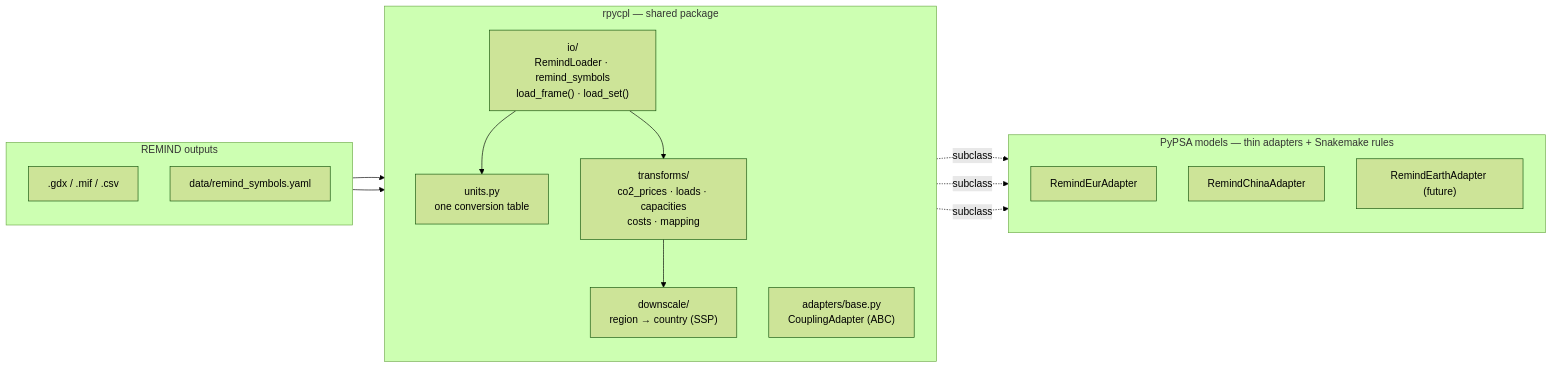
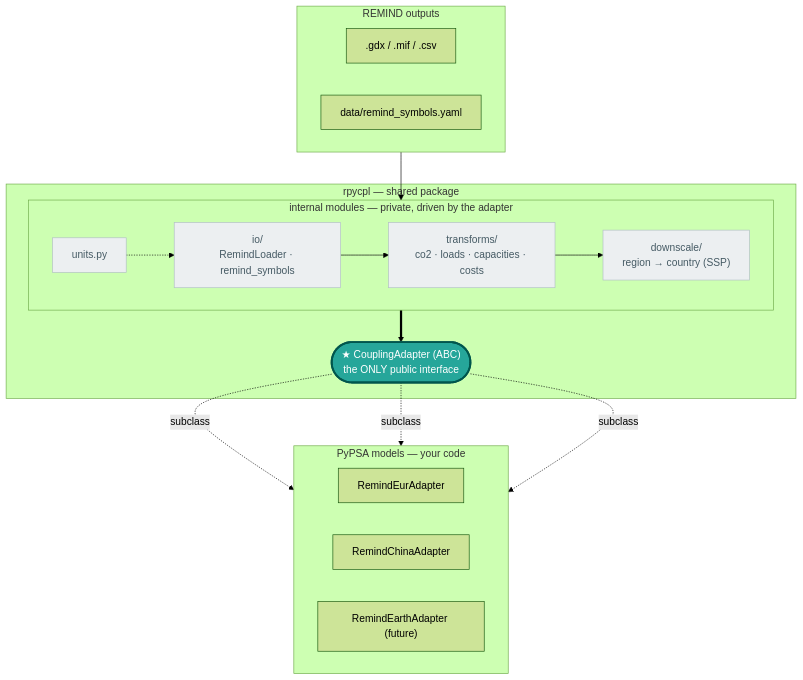
One commit to pik-piam/Remind-PyPSA-coupling changed the diagram in docs/architecture.md. Above: the diagram before and after it, drawn with Mermaid (forest theme). The commit also changed other lines of this file and 2 other files, not shown here.

Commit message:
fixes to doc

````diff
--- a/docs/architecture.md
+++ b/docs/architecture.md
@@ -30,33 +30,35 @@
 ```mermaid
-flowchart LR
+flowchart TB
     subgraph inputs["REMIND outputs"]
-        direction TB
+        direction LR
         src[".gdx / .mif / .csv"]
         cfg["data/remind_symbols.yaml"]
     end
 
     subgraph pkg["rpycpl — shared package"]
-        direction TB
-        io["io/<br/>RemindLoader · remind_symbols<br/>load_frame() · load_set()"]
-        units["units.py<br/>one conversion table"]
-        tf["transforms/<br/>co2_prices · loads · capacities<br/>costs · mapping"]
-        ds["downscale/<br/>region → country (SSP)"]
-        adp["adapters/base.py<br/>CouplingAdapter (ABC)"]
-        io --> units
-        io --> tf
-        tf --> ds
+        subgraph internal["internal modules — private, driven by the adapter"]
+            direction LR
+            io["io/<br/>RemindLoader · remind_symbols"] --> tf["transforms/<br/>co2 · loads · capacities · costs"] --> ds["downscale/<br/>region → country (SSP)"]
+            units["units.py"] -.-> io
+        end
+        adp(["★ CouplingAdapter (ABC)<br/>the ONLY public interface"])
+        internal ==> adp
     end
 
-    subgraph models["PyPSA models — thin adapters + Snakemake rules"]
-        direction TB
+    subgraph models["PyPSA models — your code"]
+        direction LR
         eur["RemindEurAdapter"]
         chn["RemindChinaAdapter"]
         ert["RemindEarthAdapter (future)"]
     end
 
-    src --> io
-    cfg --> io
+    inputs --> internal
     adp -.->|subclass| eur
     adp -.->|subclass| chn
     adp -.->|subclass| ert
+
+    classDef public fill:#26a69a,stroke:#00564d,color:#ffffff,stroke-width:3px;
+    classDef priv fill:#eceff1,stroke:#b0bec5,color:#455a64;
+    class adp public
+    class io,tf,ds,units priv
 ```
````
